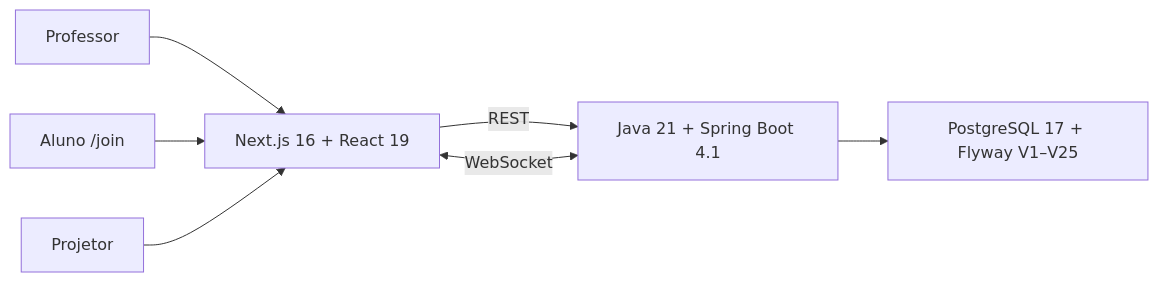
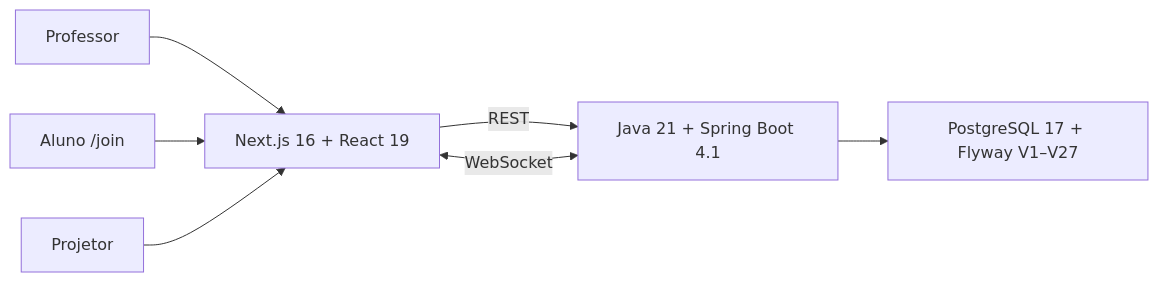
The diagram in README.md (wesscosta/arena-dev), drawn with Mermaid before and after one commit. The commit also changed other lines of this file and 23 other files, not shown here.

````diff
--- a/README.md
+++ b/README.md
@@ -113,9 +113,9 @@
 ```mermaid
 flowchart LR
     T["Professor"] --> F["Next.js 16 + React 19"]
     S["Aluno /join"] --> F
     P["Projetor"] --> F
     F -->|"REST"| B["Java 21 + Spring Boot 4.1"]
     F <-->|"WebSocket"| B
-    B --> D["PostgreSQL 17 + Flyway V1–V25"]
+    B --> D["PostgreSQL 17 + Flyway V1–V27"]
 ```
````
